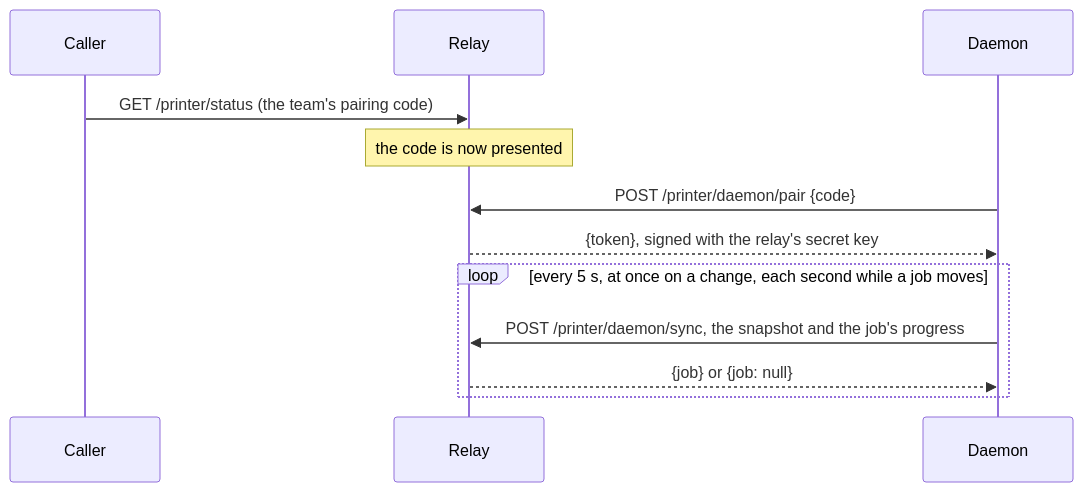
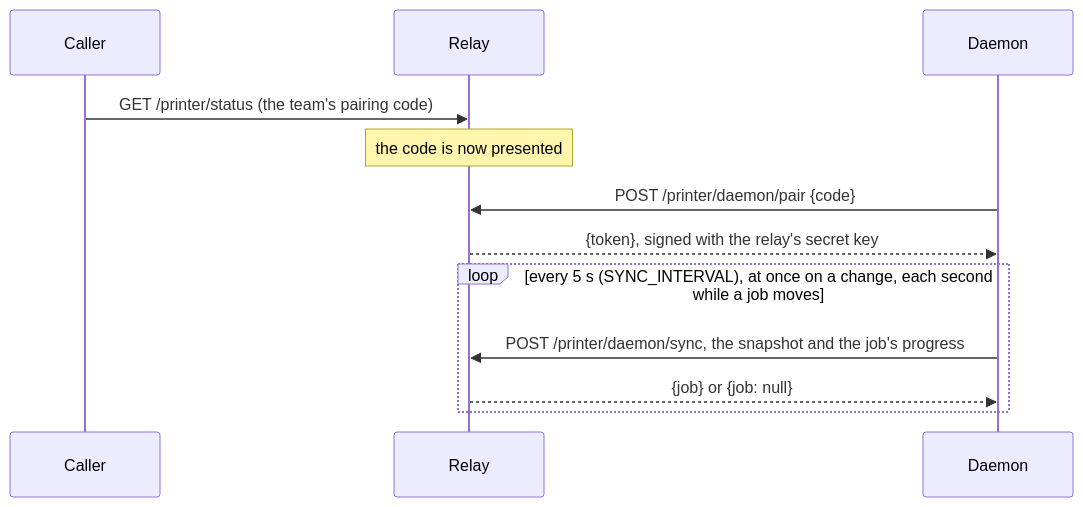
Before and after one commit to 6238/PenguinSlicer: the first of 2 diagrams in delivery/README.md, drawn with Mermaid. The commit also changed other lines of this file and 12 other files, not shown here.

````diff
--- a/delivery/README.md
+++ b/delivery/README.md
@@ -153,14 +180,14 @@
 ```mermaid
 sequenceDiagram
     participant C as Caller
     participant R as Relay
     participant D as Daemon
     C->>R: GET /printer/status (the team's pairing code)
     Note over R: the code is now presented
     D->>R: POST /printer/daemon/pair {code}
     R-->>D: {token}, signed with the relay's secret key
-    loop every 5 s, at once on a change, each second while a job moves
+    loop every 5 s (SYNC_INTERVAL), at once on a change, each second while a job moves
         D->>R: POST /printer/daemon/sync, the snapshot and the job's progress
         R-->>D: {job} or {job: null}
     end
 ```
````
